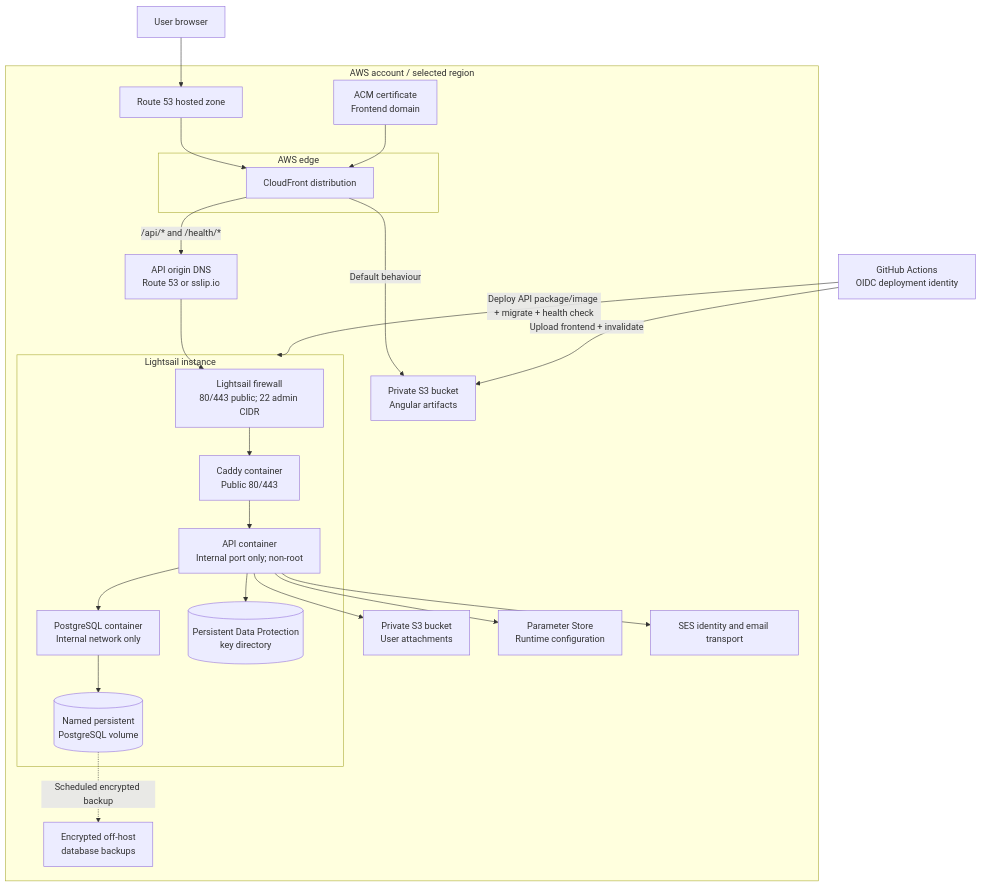
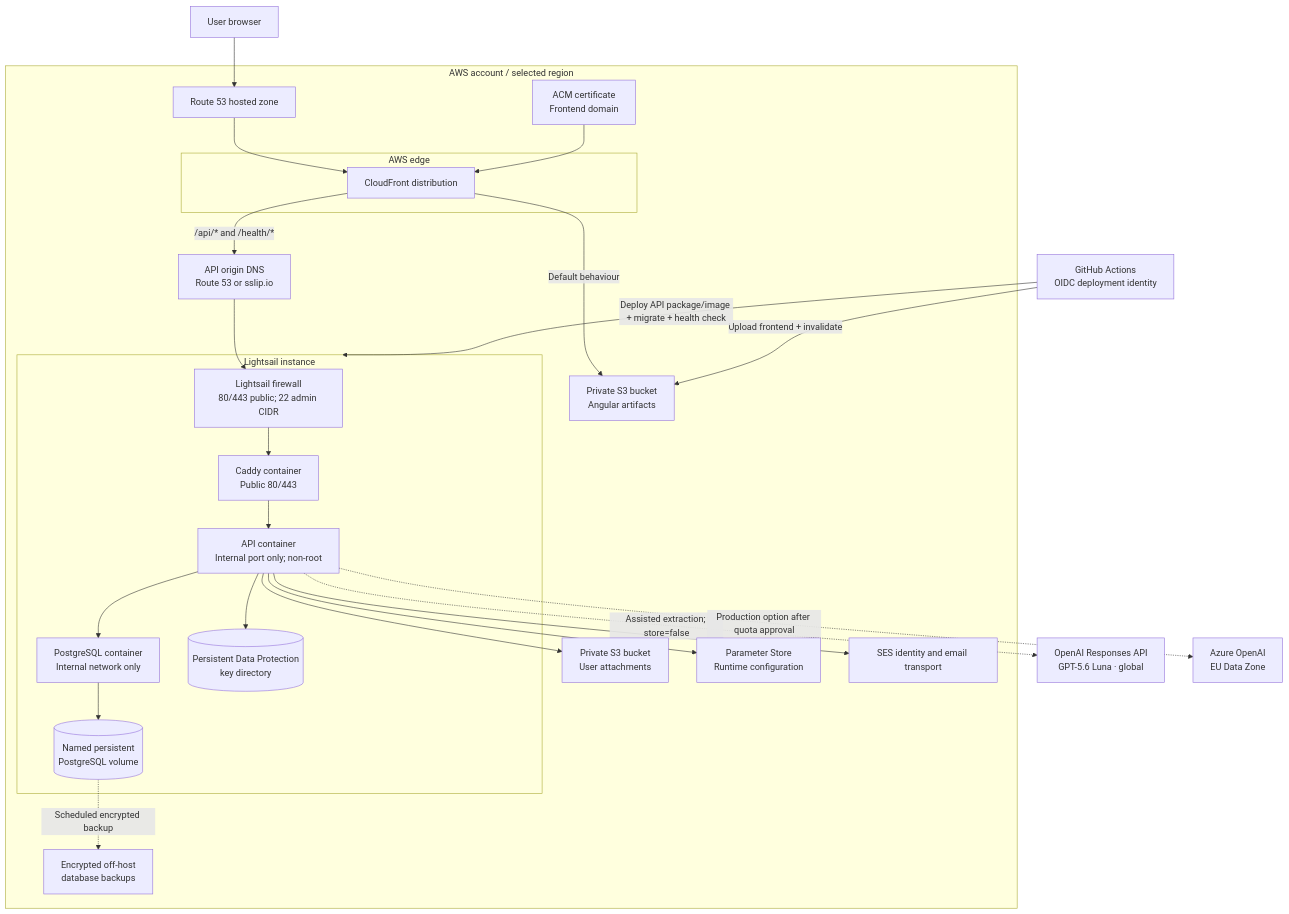
The diagram in docs/architecture/deployment.md (john4ani/rfq-marketplace), drawn with Mermaid before and after one commit. The commit also changed other lines of this file and 46 other files, not shown here.

````diff
--- a/docs/architecture/deployment.md
+++ b/docs/architecture/deployment.md
@@ -5,49 +5,51 @@
 ```mermaid
 flowchart TB
     user["User browser"]
     github["GitHub Actions<br/>OIDC deployment identity"]
 
     subgraph AWS["AWS account / selected region"]
         route53["Route 53 hosted zone"]
         cert["ACM certificate<br/>Frontend domain"]
 
         subgraph Edge["AWS edge"]
             cloudfront["CloudFront distribution"]
         end
 
         frontend["Private S3 bucket<br/>Angular artifacts"]
         apiOriginDns["API origin DNS<br/>Route 53 or sslip.io"]
         attachments["Private S3 bucket<br/>User attachments"]
         parameters["Parameter Store<br/>Runtime configuration"]
         ses["SES identity and email transport"]
 
         subgraph Lightsail["Lightsail instance"]
             firewall["Lightsail firewall<br/>80/443 public; 22 admin CIDR"]
             caddy["Caddy container<br/>Public 80/443"]
             api["API container<br/>Internal port only; non-root"]
             postgres["PostgreSQL container<br/>Internal network only"]
             volume[("Named persistent<br/>PostgreSQL volume")]
             keys[("Persistent Data Protection<br/>key directory")]
         end
 
         backups["Encrypted off-host<br/>database backups"]
     end
 
     user --> route53
     route53 --> cloudfront
     cloudfront -->|"Default behaviour"| frontend
     cloudfront -->|"/api/* and /health/*"| apiOriginDns
     apiOriginDns --> firewall
     firewall --> caddy
     caddy --> api
     api --> keys
     api --> postgres
     postgres --> volume
     api --> attachments
     api --> parameters
+    api -.->|"Assisted extraction; store=false"| openai["OpenAI Responses API<br/>GPT-5.6 Luna · global"]
+    api -.->|"Production option after quota approval"| azureOpenAi["Azure OpenAI<br/>EU Data Zone"]
     api --> ses
     volume -.->|"Scheduled encrypted backup"| backups
     cert --> cloudfront
     github -->|"Upload frontend + invalidate"| frontend
     github -->|"Deploy API package/image + migrate + health check"| Lightsail
 ```
````
